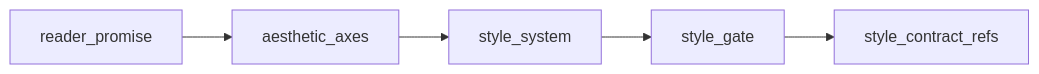
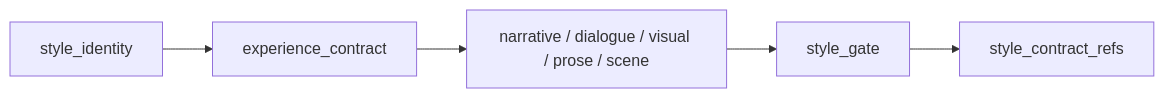
Before and after one commit to ZEN-VOID/AI-CUT: the third of 3 diagrams in .agents/skills/story/1-Cards/风格卡/SKILL.md, drawn with Mermaid. The commit also changed other lines of this file and 332 other files, not shown here.

````diff
--- a/.agents/skills/story/1-Cards/风格卡/SKILL.md
+++ b/.agents/skills/story/1-Cards/风格卡/SKILL.md
@@ -64,7 +68,7 @@
 ```mermaid
 flowchart LR
-    A["reader_promise"] --> B["aesthetic_axes"]
-    B --> C["style_system"]
+    A["style_identity"] --> B["experience_contract"]
+    B --> C["narrative / dialogue / visual / prose / scene"]
     C --> D["style_gate"]
     D --> E["style_contract_refs"]
 ```
````
